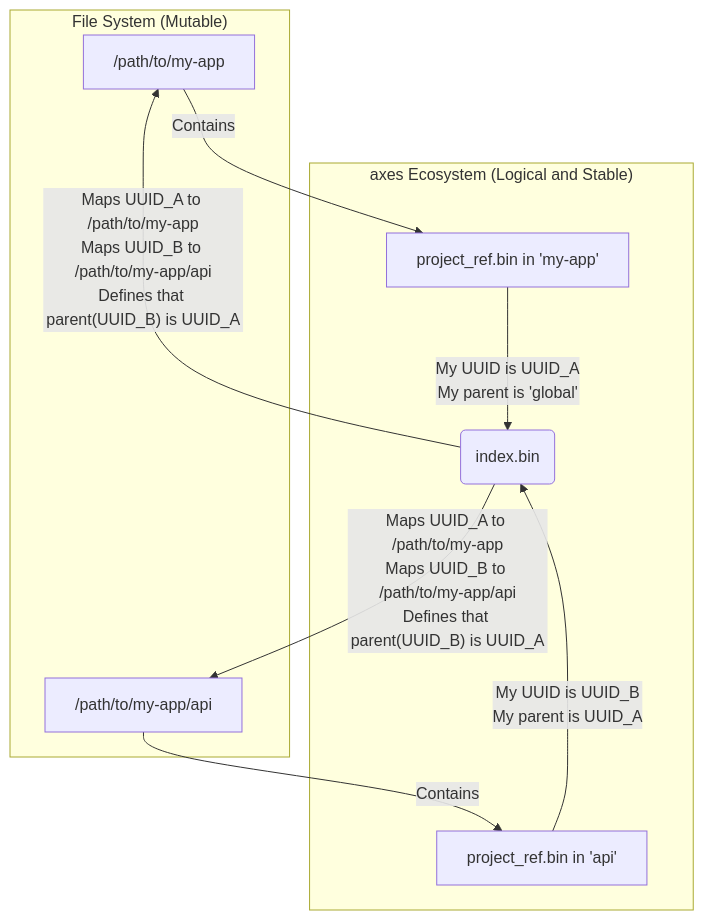
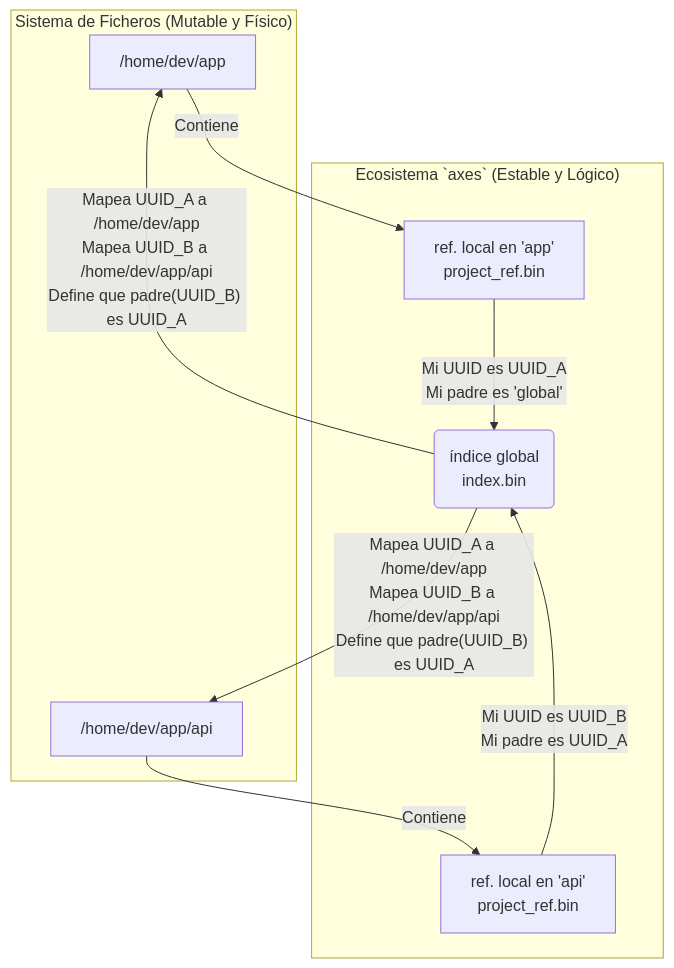
One commit to RetypeOS/axes changed the first of 6 diagrams in TECNICAL.md. Above: the diagram before and after it, drawn with Mermaid. The commit also changed other lines of this file and 8 other files, not shown here.

````diff
--- a/TECNICAL.md
+++ b/TECNICAL.md
@@ -38,20 +35,20 @@
-    ```mermaid
-    graph TD
-        subgraph "File System (Mutable)"
-            A["/path/to/my-app"]
-            B["/path/to/my-app/api"]
-        end
+```mermaid
+graph TD
+    subgraph "Sistema de Ficheros (Mutable y Físico)"
+        A["/home/dev/app"]
+        B["/home/dev/app/api"]
+    end
 
-        subgraph "axes Ecosystem (Logical and Stable)"
-            C(index.bin)
-            D["project_ref.bin in 'my-app'"]
-            E["project_ref.bin in 'api'"]
-        end
+    subgraph "Ecosistema `axes` (Estable y Lógico)"
+        C(índice global<br>index.bin)
+        D["ref. local en 'app'<br>project_ref.bin"]
+        E["ref. local en 'api'<br>project_ref.bin"]
+    end
 
-        A -- "Contains" --> D
-        B -- "Contains" --> E
-        
-        C -- "Maps UUID_A to /path/to/my-app<br>Maps UUID_B to /path/to/my-app/api<br>Defines that parent(UUID_B) is UUID_A" --> A & B
-        D -- "My UUID is UUID_A<br>My parent is 'global'" --> C
-        E -- "My UUID is UUID_B<br>My parent is UUID_A" --> C
-    ```
+    A --"Contiene"--> D
+    B --"Contiene"--> E
+    
+    C --"Mapea UUID_A a /home/dev/app<br>Mapea UUID_B a /home/dev/app/api<br>Define que padre(UUID_B) es UUID_A"--> A & B
+    D --"Mi UUID es UUID_A<br>Mi padre es 'global'"--> C
+    E --"Mi UUID es UUID_B<br>Mi padre es UUID_A"--> C
+```
````
